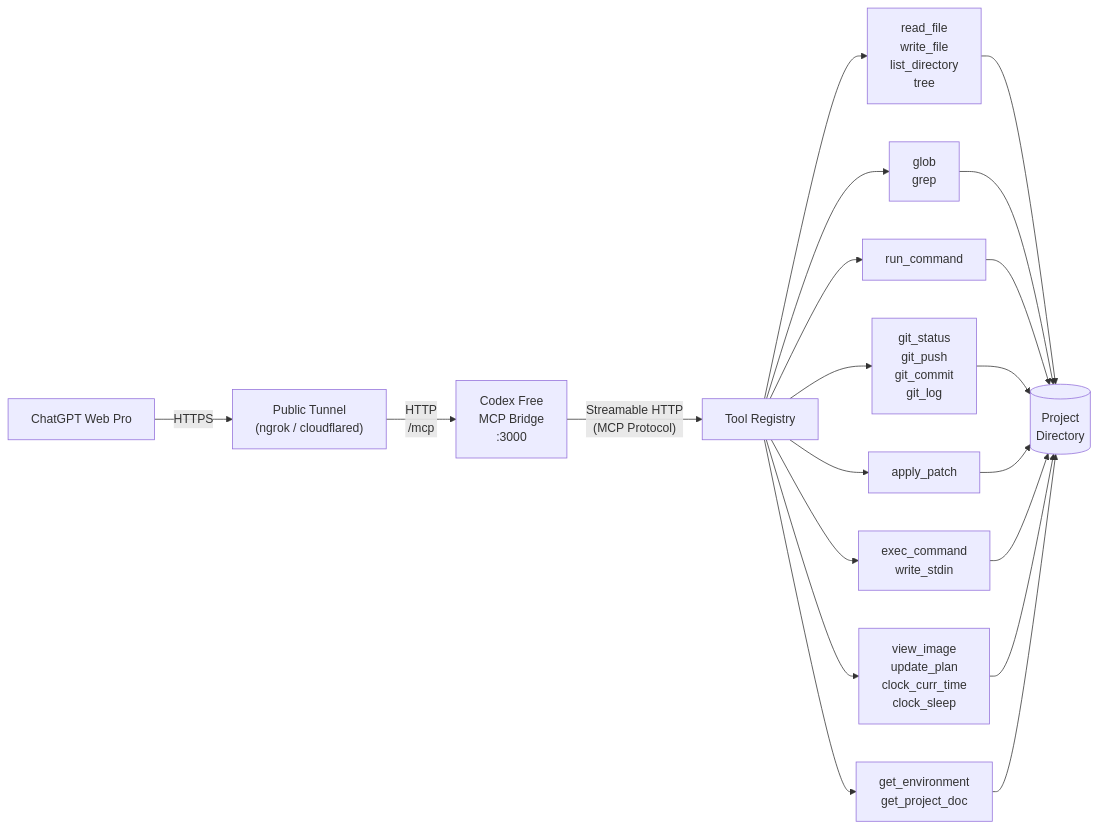
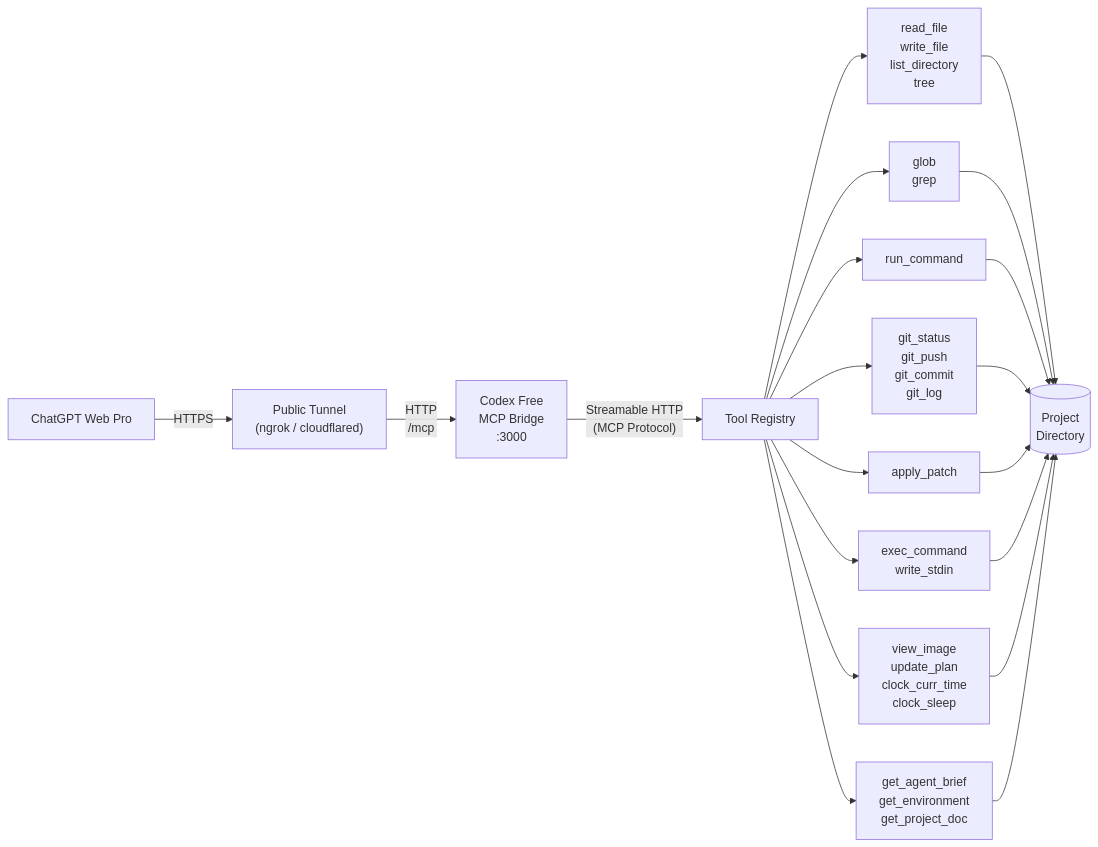
One commit to devnoname120/codex-free changed the diagram in README.md. Above: the diagram before and after it, drawn with Mermaid. The commit also changed other lines of this file and 10 other files, not shown here.

First line of the commit message:
feat: v0.6.0 - port Codex's agent brief

````diff
--- a/README.md
+++ b/README.md
@@ -13,39 +13,39 @@
 ```mermaid
 flowchart LR
     ChatGPT["ChatGPT Web Pro"]
     Tunnel["Public Tunnel\n(ngrok / cloudflared)"]
     Server["Codex Free\nMCP Bridge\n:3000"]
     Tools["Tool Registry"]
 
     FS["read_file\nwrite_file\nlist_directory\ntree"]
     Search["glob\ngrep"]
     Shell["run_command"]
     Git["git_status\ngit_push\ngit_commit\ngit_log"]
     Edit["apply_patch"]
     Exec["exec_command\nwrite_stdin"]
     Agent["view_image\nupdate_plan\nclock_curr_time\nclock_sleep"]
-    Env["get_environment\nget_project_doc"]
+    Env["get_agent_brief\nget_environment\nget_project_doc"]
     WorkDir[("Project\nDirectory")]
 
     ChatGPT -- "HTTPS" --> Tunnel
     Tunnel -- "HTTP\n/mcp" --> Server
     Server -- "Streamable HTTP\n(MCP Protocol)" --> Tools
 
     Tools --> FS
     Tools --> Search
     Tools --> Shell
     Tools --> Git
     Tools --> Edit
     Tools --> Exec
     Tools --> Agent
     Tools --> Env
 
     FS --> WorkDir
     Search --> WorkDir
     Shell --> WorkDir
     Git --> WorkDir
     Edit --> WorkDir
     Exec --> WorkDir
     Agent --> WorkDir
     Env --> WorkDir
 ```
````
